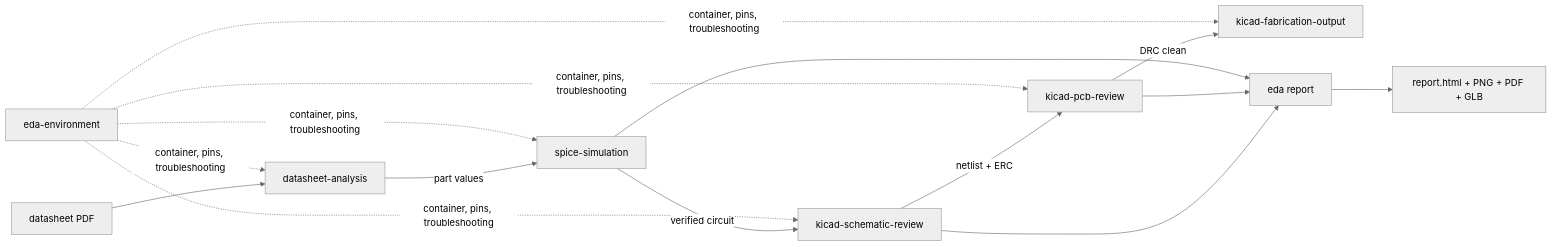
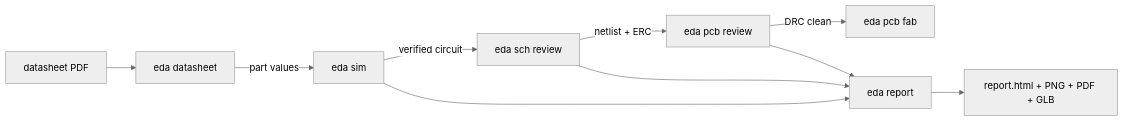
The diagram in README.md (sabas0ba/kicad_skills), drawn with Mermaid (neutral theme) before and after one commit. The commit also changed other lines of this file and 16 other files, not shown here.

````diff
--- a/README.md
+++ b/README.md
@@ -77,13 +89,12 @@
 ```mermaid
 flowchart LR
-    PDF[datasheet PDF] --> DS[datasheet-analysis]
-    DS -->|part values| SIM[spice-simulation]
-    SIM -->|verified circuit| SCH[kicad-schematic-review]
-    SCH -->|netlist + ERC| PCB[kicad-pcb-review]
-    PCB -->|DRC clean| FAB[kicad-fabrication-output]
+    PDF[datasheet PDF] --> DS[eda datasheet]
+    DS -->|part values| SIM[eda sim]
+    SIM -->|verified circuit| SCH[eda sch review]
+    SCH -->|netlist + ERC| PCB[eda pcb review]
+    PCB -->|DRC clean| FAB[eda pcb fab]
     SCH --> REP[eda report]
     PCB --> REP
     SIM --> REP
     REP --> HTML[report.html + PNG + PDF + GLB]
-    ENV[eda-environment] -.->|container, pins, troubleshooting| DS & SIM & SCH & PCB & FAB
 ```
````
